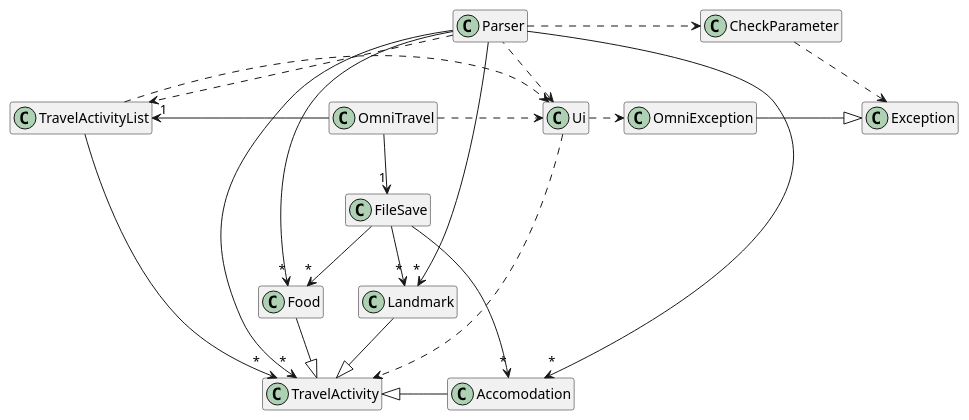
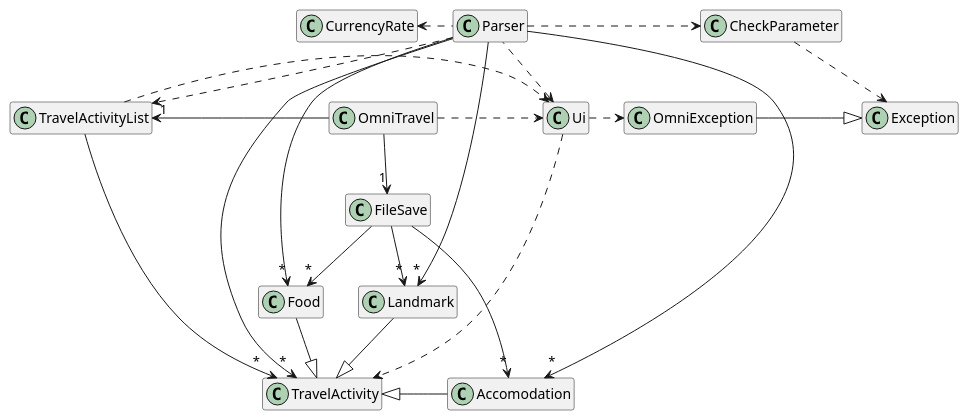
One commit to annnniexu/tp changed the diagram in docs/team/Overview.puml. Above: the diagram before and after it, drawn with PlantUML. The commit also changed 10 other files, not shown here.

```diff
--- a/docs/team/Overview.puml
+++ b/docs/team/Overview.puml
@@ -1,42 +1,44 @@
 @startuml
 'https://plantuml.com/class-diagram
 
 hide class members
 class OmniTravel
 class TravelActivityList
 class TravelActivity
 class FileSave
 class Food
 class Landmark
 class Accomodation
 class Ui
 class Parser
 class CheckParameter
 class OmniException
 class Exception
+class CurrencyRate
 
 OmniException -|> Exception
 TravelActivity <|- Accomodation
 Food -|> TravelActivity
 Landmark --|> TravelActivity
 OmniTravel --> "1" FileSave
 FileSave --> "*" Landmark
 FileSave --> "*" Food
 FileSave --> "*" Accomodation
 TravelActivityList"1" <- OmniTravel
 TravelActivityList --> "*" TravelActivity
 OmniTravel .> Ui
 Ui .> OmniException
 TravelActivityList .> Ui
 Ui <.. Parser
 Parser .> CheckParameter
+CurrencyRate <. Parser
 CheckParameter ..> Exception
 Parser ..> TravelActivityList
 Parser --> "*" Accomodation
 Parser --> "*" Food
 Parser --> "*" Landmark
 Parser --> "*" TravelActivity
 Ui ..> TravelActivity
 
 
 @enduml
```
